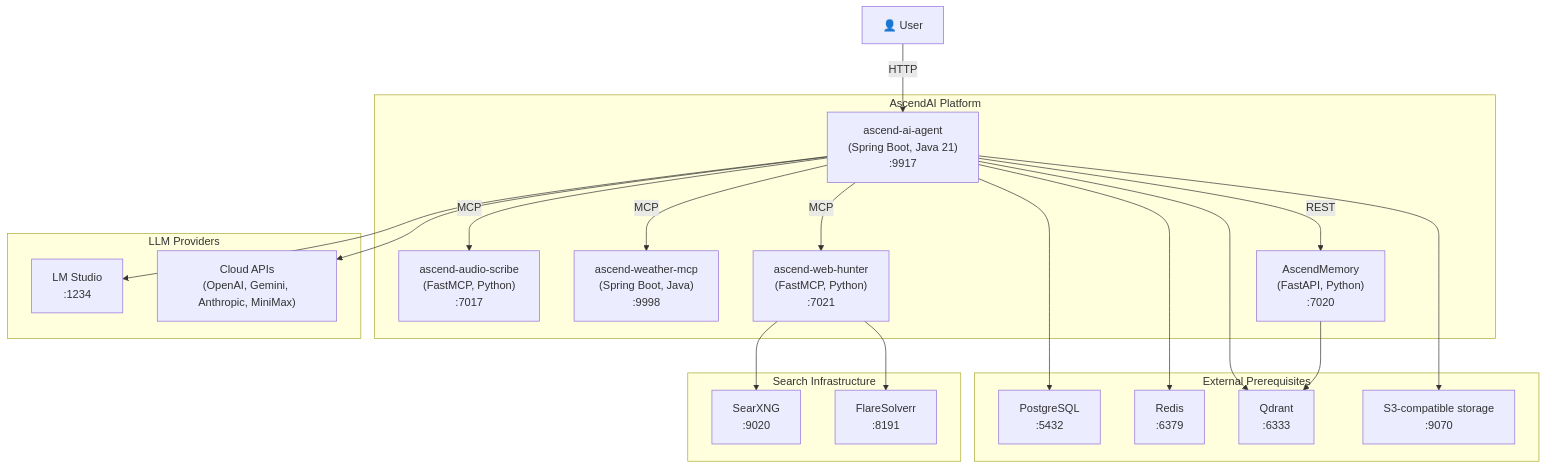
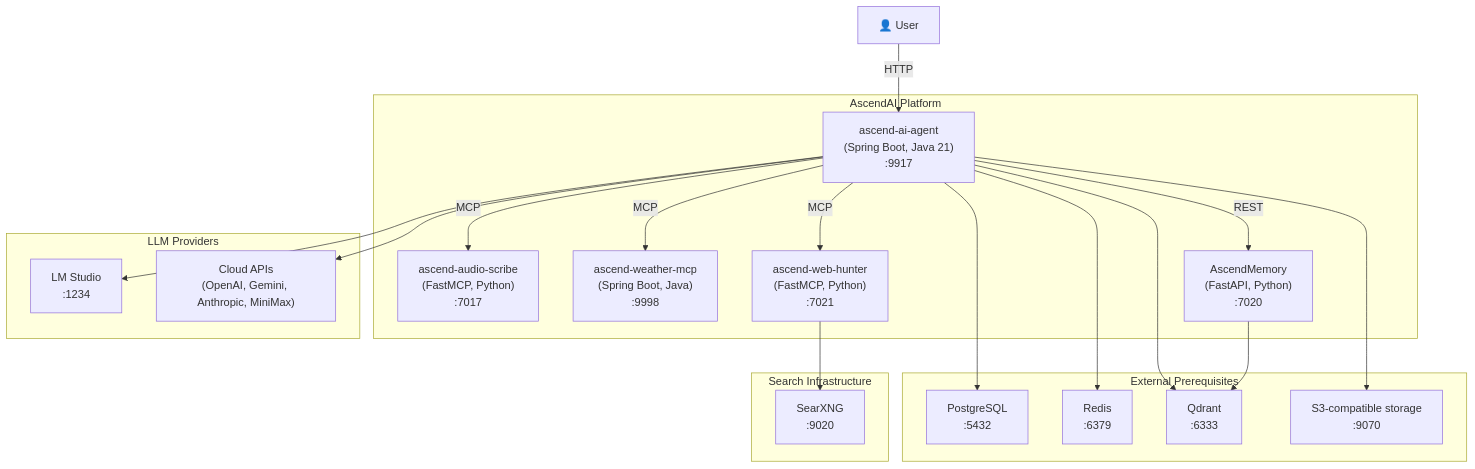
One commit to Lukk17/AscendAI changed the diagram in apps/ascend-agent/docs/architecture/diagrams/container-diagram.md. Above: the diagram before and after it, drawn with Mermaid. The commit also changed 29 other files, not shown here.

````diff
--- a/apps/ascend-agent/docs/architecture/diagrams/container-diagram.md
+++ b/apps/ascend-agent/docs/architecture/diagrams/container-diagram.md
@@ -3,44 +3,42 @@
 ```mermaid
 graph TB
     User["👤 User"]
 
     subgraph "AscendAI Platform"
         AscendAiAgent["ascend-ai-agent<br/>(Spring Boot, Java 21)<br/>:9917"]
         AudioScribe["ascend-audio-scribe<br/>(FastMCP, Python)<br/>:7017"]
         Weather["ascend-weather-mcp<br/>(Spring Boot, Java)<br/>:9998"]
         WebHunter["ascend-web-hunter<br/>(FastMCP, Python)<br/>:7021"]
         Memory["AscendMemory<br/>(FastAPI, Python)<br/>:7020"]
     end
 
     subgraph "External Prerequisites"
         Postgres["PostgreSQL<br/>:5432"]
         Redis["Redis<br/>:6379"]
         Qdrant["Qdrant<br/>:6333"]
         S3["S3-compatible storage<br/>:9070"]
     end
 
     subgraph "Search Infrastructure"
         SearXNG["SearXNG<br/>:9020"]
-        FlareSolverr["FlareSolverr<br/>:8191"]
     end
 
     subgraph "LLM Providers"
         LMStudio["LM Studio<br/>:1234"]
         CloudAPIs["Cloud APIs<br/>(OpenAI, Gemini, Anthropic, MiniMax)"]
     end
 
     User -->|"HTTP"| AscendAiAgent
     AscendAiAgent -->|"MCP"| AudioScribe
     AscendAiAgent -->|"MCP"| Weather
     AscendAiAgent -->|"MCP"| WebHunter
     AscendAiAgent -->|"REST"| Memory
     AscendAiAgent --> Postgres
     AscendAiAgent --> Redis
     AscendAiAgent --> Qdrant
     AscendAiAgent --> S3
     AscendAiAgent --> LMStudio
     AscendAiAgent --> CloudAPIs
     WebHunter --> SearXNG
-    WebHunter --> FlareSolverr
     Memory --> Qdrant
 ```
````
